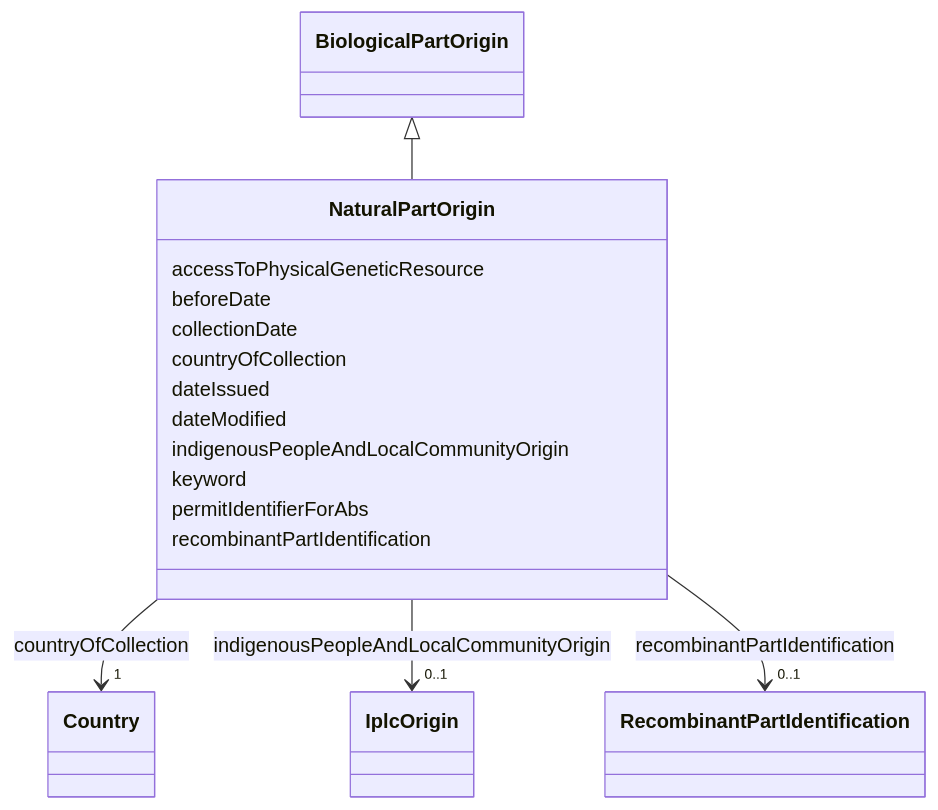
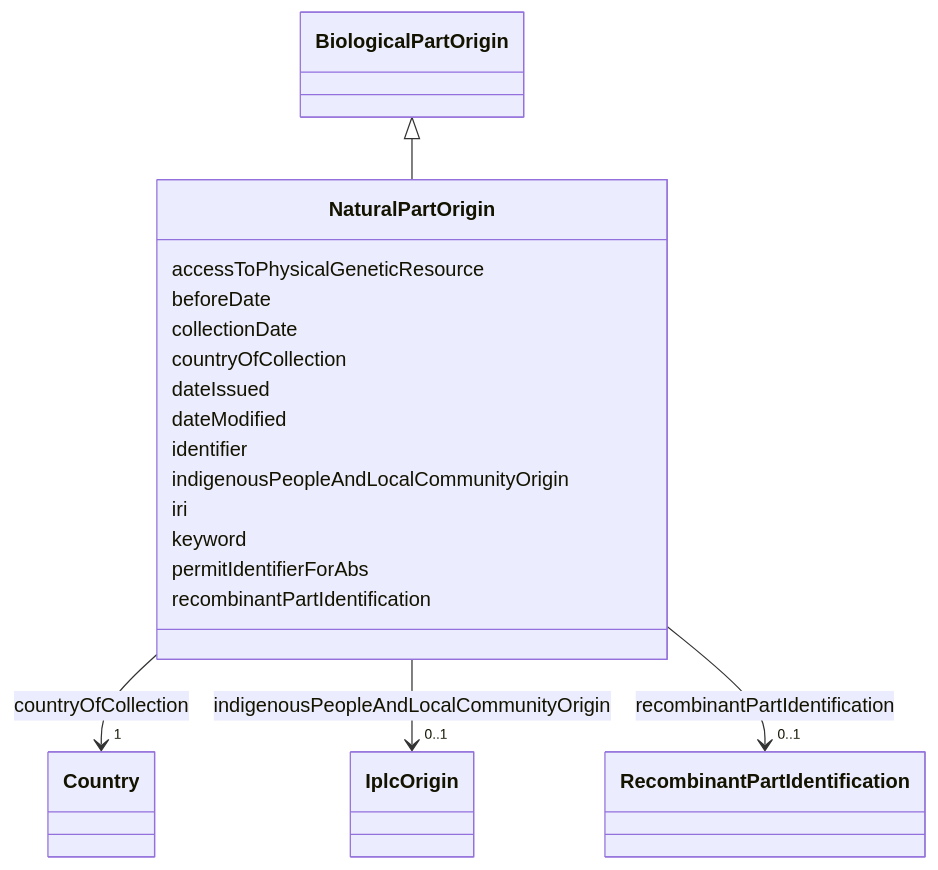
Before and after one commit to EVORA-project/evora-ontology: the diagram in models/docs/NaturalPartOrigin.md, drawn with Mermaid. The commit also changed other lines of this file and 391 other files, not shown here.

````diff
--- a/models/docs/NaturalPartOrigin.md
+++ b/models/docs/NaturalPartOrigin.md
@@ -19,50 +19,54 @@
 ```mermaid
  classDiagram
     class NaturalPartOrigin
     click NaturalPartOrigin href "../NaturalPartOrigin"
       BiologicalPartOrigin <|-- NaturalPartOrigin
         click BiologicalPartOrigin href "../BiologicalPartOrigin"
       
       NaturalPartOrigin : accessToPhysicalGeneticResource
         
       NaturalPartOrigin : beforeDate
         
       NaturalPartOrigin : collectionDate
         
       NaturalPartOrigin : countryOfCollection
         
           
     
     
     NaturalPartOrigin --> "1" Country : countryOfCollection
     click Country href "../Country"
 
         
       NaturalPartOrigin : dateIssued
         
       NaturalPartOrigin : dateModified
         
+      NaturalPartOrigin : identifier
+        
       NaturalPartOrigin : indigenousPeopleAndLocalCommunityOrigin
         
           
     
     
     NaturalPartOrigin --> "0..1" IplcOrigin : indigenousPeopleAndLocalCommunityOrigin
     click IplcOrigin href "../IplcOrigin"
 
+        
+      NaturalPartOrigin : iri
         
       NaturalPartOrigin : keyword
         
       NaturalPartOrigin : permitIdentifierForAbs
         
       NaturalPartOrigin : recombinantPartIdentification
         
           
     
     
     NaturalPartOrigin --> "0..1" RecombinantPartIdentification : recombinantPartIdentification
     click RecombinantPartIdentification href "../RecombinantPartIdentification"
 
         
       
 ```
````
